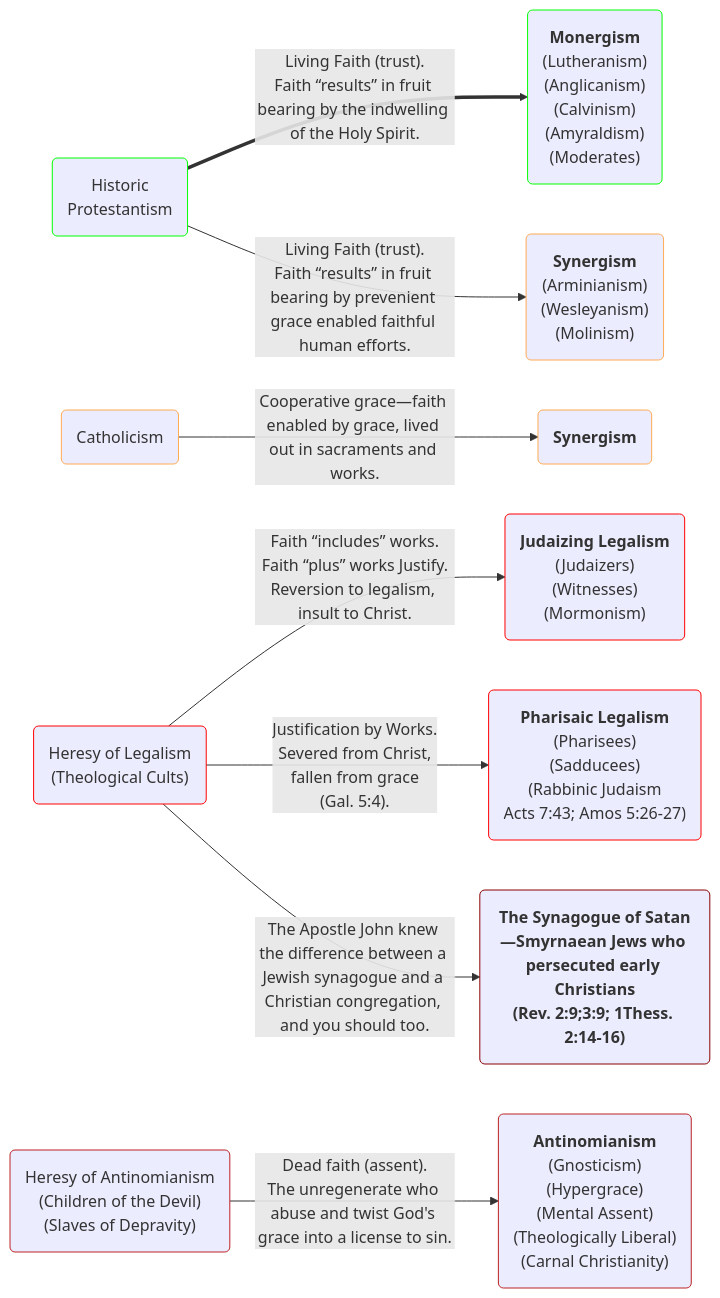
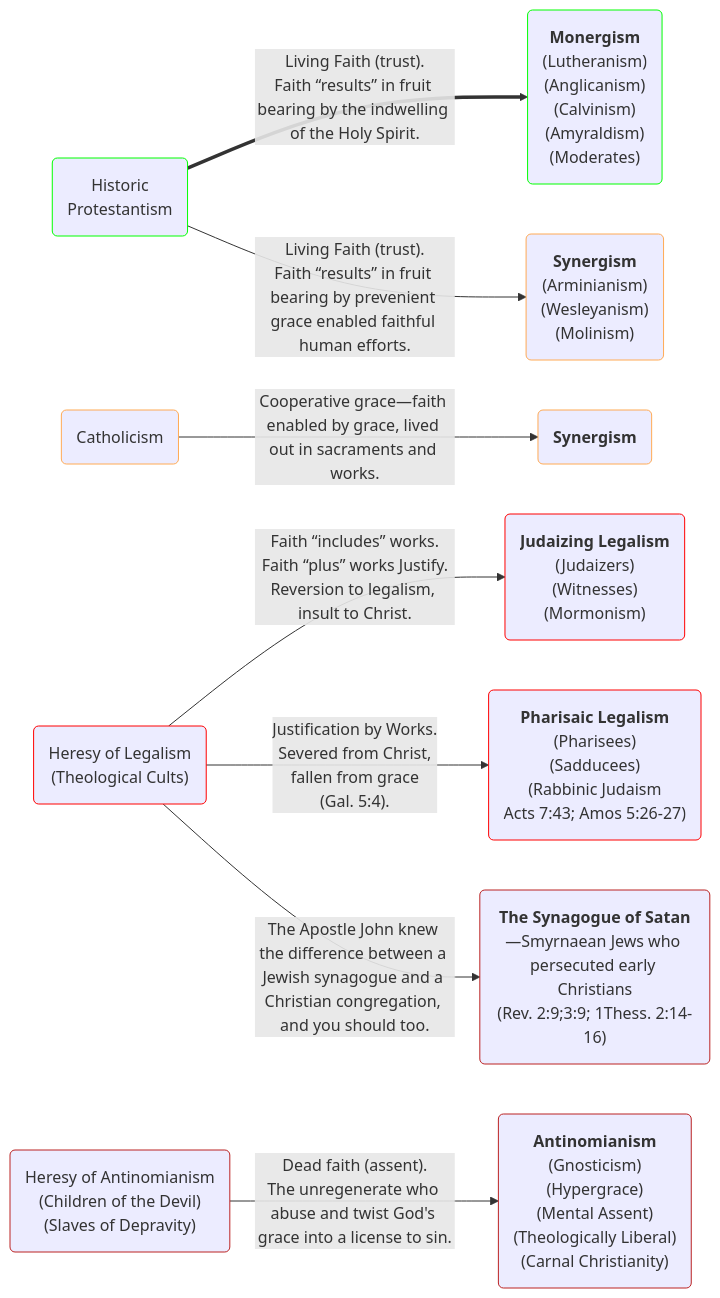
Before and after one commit to OrdoLuminis/ordoluminis.github.io: the first of 2 diagrams in _posts/2025-08-03-historic-protestant-position.markdown, drawn with Mermaid. The commit also changed other lines of this file, not shown here.

````diff
--- a/_posts/2025-08-03-historic-protestant-position.markdown
+++ b/_posts/2025-08-03-historic-protestant-position.markdown
@@ -55,21 +55,21 @@
 ```mermaid
 flowchart LR
     A(Historic<br>Protestantism):::green
     B(Catholicism):::orange
     C(Heresy of Legalism<br>&lpar;Theological Cults&rpar;):::red
     D(Heresy of Antinomianism<br>&lpar;Children of the Devil&rpar;<br>&lpar;Slaves of Depravity&rpar;):::firebrick
     A ==>|Living Faith &lpar;trust&rpar;.<br>Faith &ldquo;results&rdquo; in fruit bearing by the indwelling of the Holy Spirit.| G(<strong>Monergism</strong><br>&lpar;Lutheranism&rpar;<br>&lpar;Anglicanism&rpar;<br>&lpar;Calvinism&rpar;<br>&lpar;Amyraldism&rpar;<br>&lpar;Moderates&rpar;):::green
     A -->|Living Faith &lpar;trust&rpar;.<br>Faith &ldquo;results&rdquo; in fruit bearing by prevenient grace enabled faithful human efforts.| H(<strong>Synergism</strong><br>&lpar;Arminianism&rpar;<br>&lpar;Wesleyanism&rpar;<br>&lpar;Molinism&rpar;):::orange
     B -->|Cooperative grace&mdash;faith enabled by grace, lived out in sacraments and works.| I(<strong>Synergism</strong>):::orange
     C -->|Faith &ldquo;includes&rdquo; works.<br>Faith &ldquo;plus&rdquo; works Justify.<br>Reversion to legalism, insult to Christ.| J(<strong>Judaizing Legalism</strong><br>&lpar;Judaizers&rpar;<br>&lpar;Witnesses&rpar;<br>&lpar;Mormonism&rpar;):::red
     C -->|Justification by Works.<br>Severed from Christ,<br>fallen from grace<br>&lpar;Gal. 5:4&rpar;.| K(<strong>Pharisaic Legalism</strong><br>&lpar;Pharisees&rpar;<br>&lpar;Sadducees&rpar;<br>&lpar;Rabbinic Judaism<br>Acts 7:43; Amos 5:26-27&rpar;):::red
-    C -->|The Apostle John knew the difference between a Jewish synagogue and a Christian congregation, and you should too.| M(<strong>The Synagogue of Satan—Smyrnaean Jews who persecuted early Christians<br>&lpar;Rev. 2:9;3:9; 1Thess. 2:14-16&rpar;):::darkred
+    C -->|The Apostle John knew the difference between a Jewish synagogue and a Christian congregation, and you should too.| M(<strong>The Synagogue of Satan</strong>—Smyrnaean Jews who persecuted early Christians<br>&lpar;Rev. 2:9;3:9; 1Thess. 2:14-16&rpar;):::firebrick
     D -->|Dead faith &lpar;assent&rpar;.<br>The unregenerate who abuse and twist God's grace into a license to sin.| L(<strong>Antinomianism</strong><br>&lpar;Gnosticism&rpar;<br>&lpar;Hypergrace&rpar;<br>&lpar;Mental Assent&rpar;<br>&lpar;Theologically Liberal&rpar;<br>&lpar;Carnal Christianity&rpar;):::firebrick
     classDef red stroke:#f00
     classDef green stroke:#0f0
     classDef lightgreen stroke:#Bf0
     classDef orange stroke:#fa5
     classDef firebrick stroke:#b22
     classDef darkred stroke:#8B0000
     classDef darkerred stroke:#701705
 ```
````
